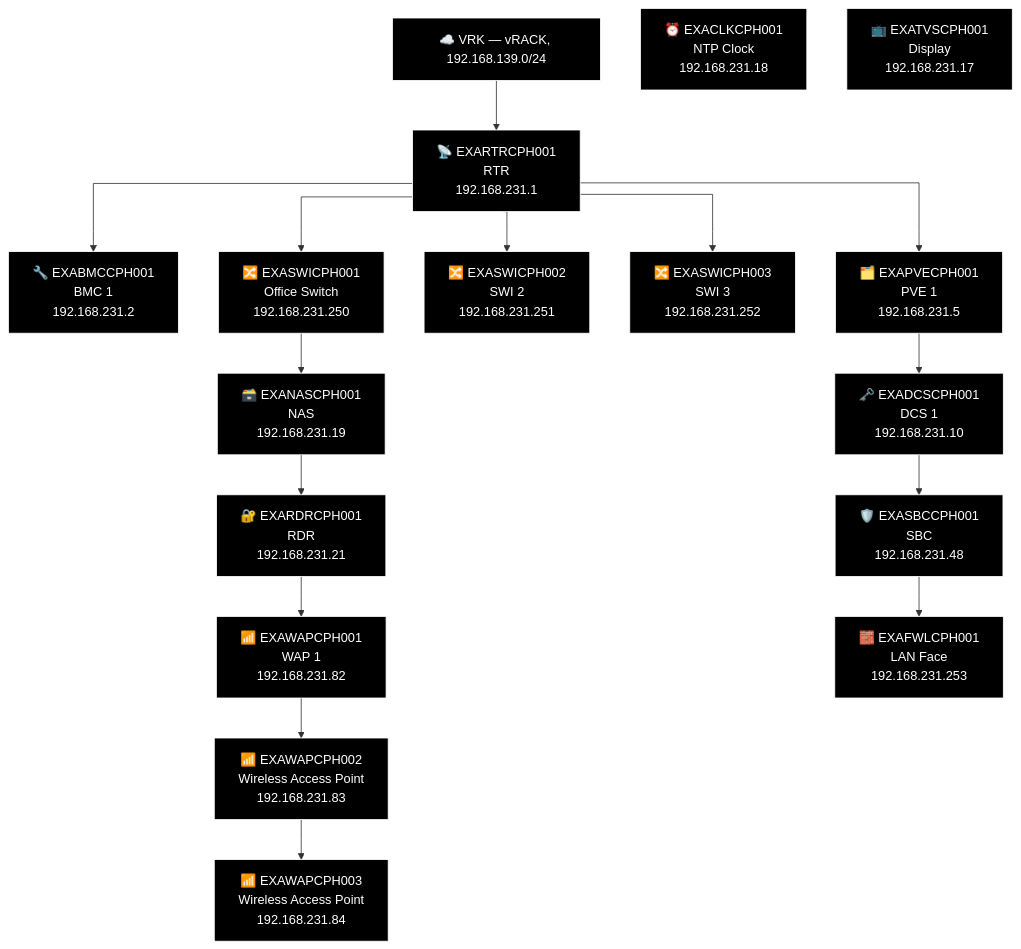
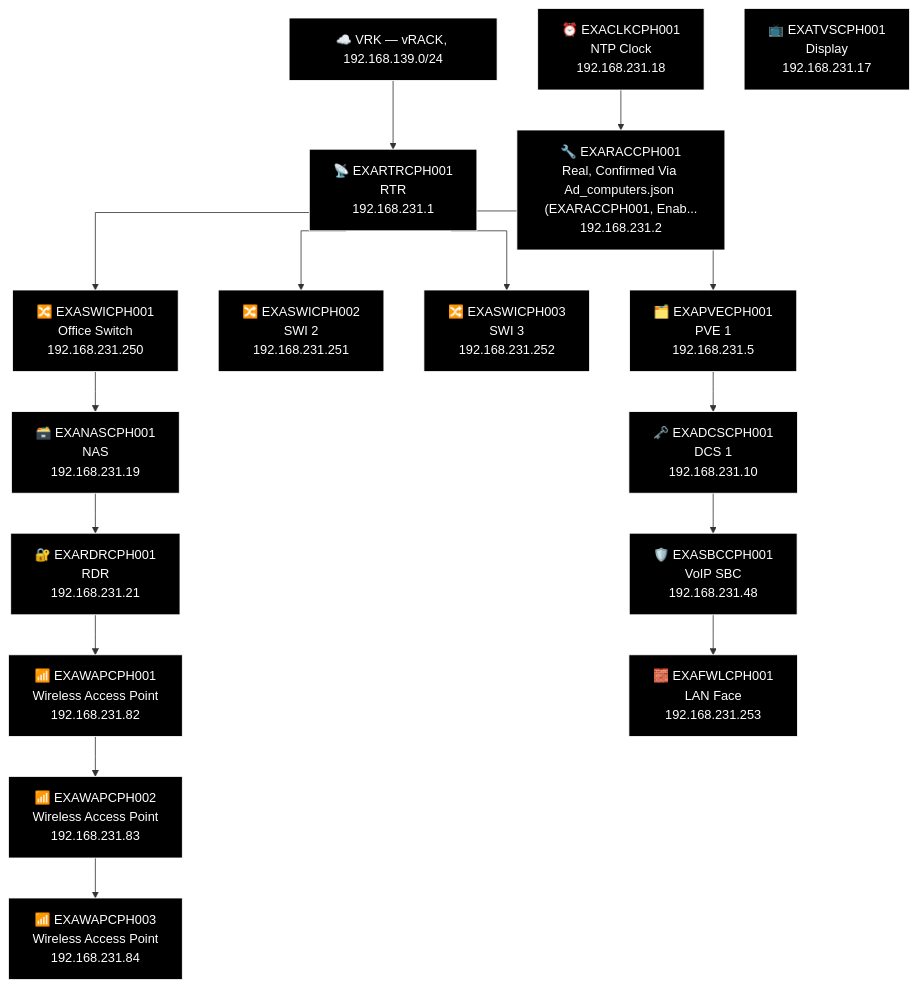
Before and after one commit to knightmare2600/example_music_infra: the third of 23 diagrams in docs/network-diagram/danmark.md, drawn with Mermaid. The commit also changed other lines of this file and 36 other files, not shown here.

First line of the commit message:
devices.csv: add real WAP/SBC/RAC/NAS/ILO/FWL rows for the missing-row backlog

````diff
--- a/docs/network-diagram/danmark.md
+++ b/docs/network-diagram/danmark.md
@@ -96,48 +96,48 @@
 ```mermaid
 %% GENERATED:TOPOLOGY:CPH:START
 %%{init: {'flowchart': {'curve': 'stepAfter'}}}%%
 graph TD
     T_VRK["☁️ VRK — vRACK, 192.168.139.0/24"]
     T_RTR["📡 EXARTRCPH001<br/>RTR<br/>192.168.231.1"]
     T_VRK --> T_RTR
-    T_BMC["🔧 EXABMCCPH001<br/>BMC 1<br/>192.168.231.2"]
-    T_RTR --> T_BMC
     T_PVE["🗂️ EXAPVECPH001<br/>PVE 1<br/>192.168.231.5"]
     T_RTR --> T_PVE
     T_SWI["🔀 EXASWICPH002<br/>SWI 2<br/>192.168.231.251"]
     T_RTR --> T_SWI
     T_SWI2["🔀 EXASWICPH003<br/>SWI 3<br/>192.168.231.252"]
     T_RTR --> T_SWI2
     T_SWI3["🔀 EXASWICPH001<br/>Office Switch<br/>192.168.231.250"]
     T_RTR --> T_SWI3
     T_NAS["🗃️ EXANASCPH001<br/>NAS<br/>192.168.231.19"]
     T_RDR["🔐 EXARDRCPH001<br/>RDR<br/>192.168.231.21"]
-    T_WAP["📶 EXAWAPCPH001<br/>WAP 1<br/>192.168.231.82"]
+    T_WAP["📶 EXAWAPCPH001<br/>Wireless Access Point<br/>192.168.231.82"]
     T_WAP2["📶 EXAWAPCPH002<br/>Wireless Access Point<br/>192.168.231.83"]
     T_WAP3["📶 EXAWAPCPH003<br/>Wireless Access Point<br/>192.168.231.84"]
     T_SWI3 --> T_NAS --> T_RDR --> T_WAP --> T_WAP2 --> T_WAP3
     T_DCS["🗝️ EXADCSCPH001<br/>DCS 1<br/>192.168.231.10"]
-    T_SBC["🛡️ EXASBCCPH001<br/>SBC<br/>192.168.231.48"]
+    T_SBC["🛡️ EXASBCCPH001<br/>VoIP SBC<br/>192.168.231.48"]
     T_FWL["🧱 EXAFWLCPH001<br/>LAN Face<br/>192.168.231.253"]
     T_PVE --> T_DCS --> T_SBC --> T_FWL
     T_CLK["⏰ EXACLKCPH001<br/>NTP Clock<br/>192.168.231.18"]
     T_TVS["📺 EXATVSCPH001<br/>Display<br/>192.168.231.17"]
+    T_RAC["🔧 EXARACCPH001<br/>Real, Confirmed Via Ad_computers.json (EXARACCPH001, Enab...<br/>192.168.231.2"]
+    T_CLK --> T_RAC
     style T_VRK fill:#000000,stroke:#FFFFFF,color:#FFFFFF
     style T_RTR fill:#000000,stroke:#FFFFFF,color:#FFFFFF
-    style T_BMC fill:#000000,stroke:#FFFFFF,color:#FFFFFF
     style T_PVE fill:#000000,stroke:#FFFFFF,color:#FFFFFF
     style T_SWI fill:#000000,stroke:#FFFFFF,color:#FFFFFF
     style T_SWI2 fill:#000000,stroke:#FFFFFF,color:#FFFFFF
     style T_SWI3 fill:#000000,stroke:#FFFFFF,color:#FFFFFF
     style T_NAS fill:#000000,stroke:#FFFFFF,color:#FFFFFF
     style T_RDR fill:#000000,stroke:#FFFFFF,color:#FFFFFF
     style T_WAP fill:#000000,stroke:#FFFFFF,color:#FFFFFF
     style T_WAP2 fill:#000000,stroke:#FFFFFF,color:#FFFFFF
     style T_WAP3 fill:#000000,stroke:#FFFFFF,color:#FFFFFF
     style T_DCS fill:#000000,stroke:#FFFFFF,color:#FFFFFF
     style T_SBC fill:#000000,stroke:#FFFFFF,color:#FFFFFF
     style T_FWL fill:#000000,stroke:#FFFFFF,color:#FFFFFF
     style T_CLK fill:#000000,stroke:#FFFFFF,color:#FFFFFF
     style T_TVS fill:#000000,stroke:#FFFFFF,color:#FFFFFF
+    style T_RAC fill:#000000,stroke:#FFFFFF,color:#FFFFFF
 %% GENERATED:TOPOLOGY:CPH:END
 ```
````
